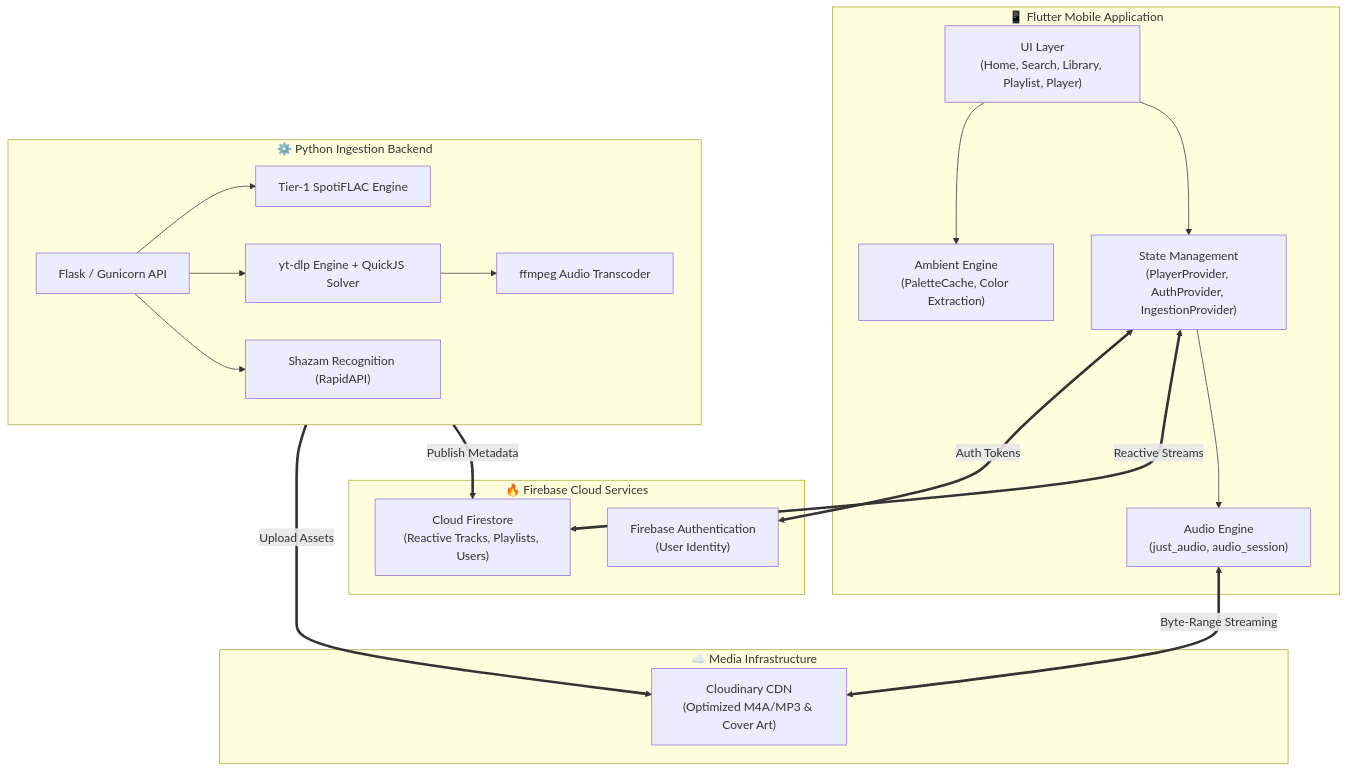
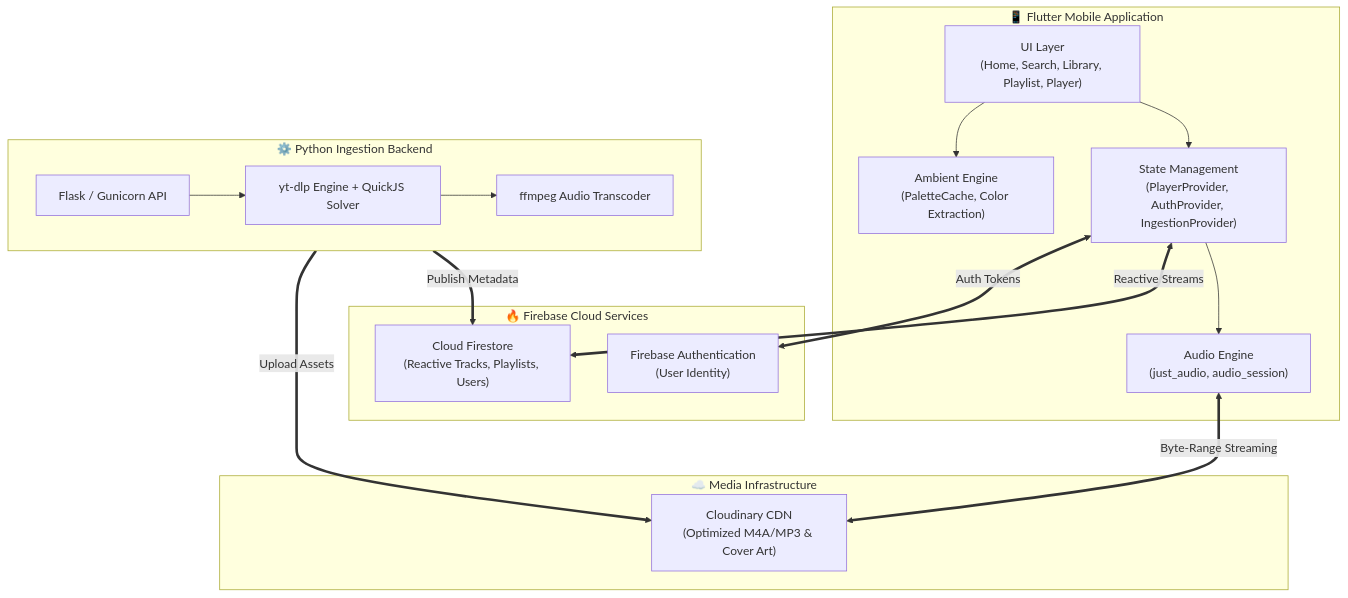
The diagram in README.md (JoyalJose54/Spotify_clone), drawn with Mermaid before and after one commit. The commit also changed other lines of this file and 15 other files, not shown here.

````diff
--- a/README.md
+++ b/README.md
@@ -87,41 +87,37 @@
 ```mermaid
 graph TD
     subgraph Client["📱 Flutter Mobile Application"]
         UI["UI Layer<br/>(Home, Search, Library, Playlist, Player)"]
         State["State Management<br/>(PlayerProvider, AuthProvider, IngestionProvider)"]
         Audio["Audio Engine<br/>(just_audio, audio_session)"]
         Palette["Ambient Engine<br/>(PaletteCache, Color Extraction)"]
         
         UI --> State
         State --> Audio
         UI --> Palette
     end
 
     subgraph FirebaseServices["🔥 Firebase Cloud Services"]
         Auth["Firebase Authentication<br/>(User Identity)"]
         Firestore["Cloud Firestore<br/>(Reactive Tracks, Playlists, Users)"]
     end
 
     subgraph MediaCDN["☁️ Media Infrastructure"]
         Cloudinary["Cloudinary CDN<br/>(Optimized M4A/MP3 & Cover Art)"]
     end
 
     subgraph IngestionEngine["⚙️ Python Ingestion Backend"]
         API["Flask / Gunicorn API"]
-        SpotiFLAC["Tier-1 SpotiFLAC Engine"]
         YTDLP["yt-dlp Engine + QuickJS Solver"]
-        Shazam["Shazam Recognition (RapidAPI)"]
         FFmpeg["ffmpeg Audio Transcoder"]
         
-        API --> SpotiFLAC
         API --> YTDLP
-        API --> Shazam
         YTDLP --> FFmpeg
     end
 
     State <==>|Reactive Streams| Firestore
     State <==>|Auth Tokens| Auth
     Audio <==>|Byte-Range Streaming| Cloudinary
     IngestionEngine ==>|Publish Metadata| Firestore
     IngestionEngine ==>|Upload Assets| Cloudinary
 ```
````
